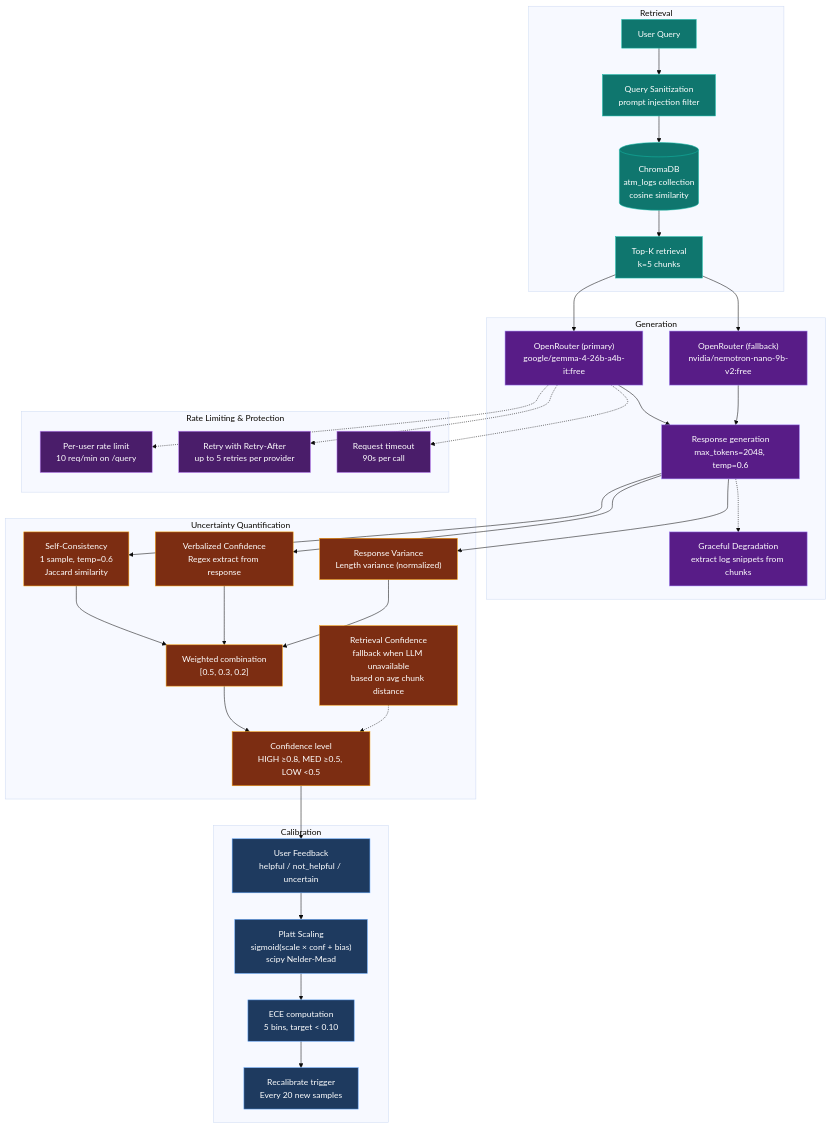
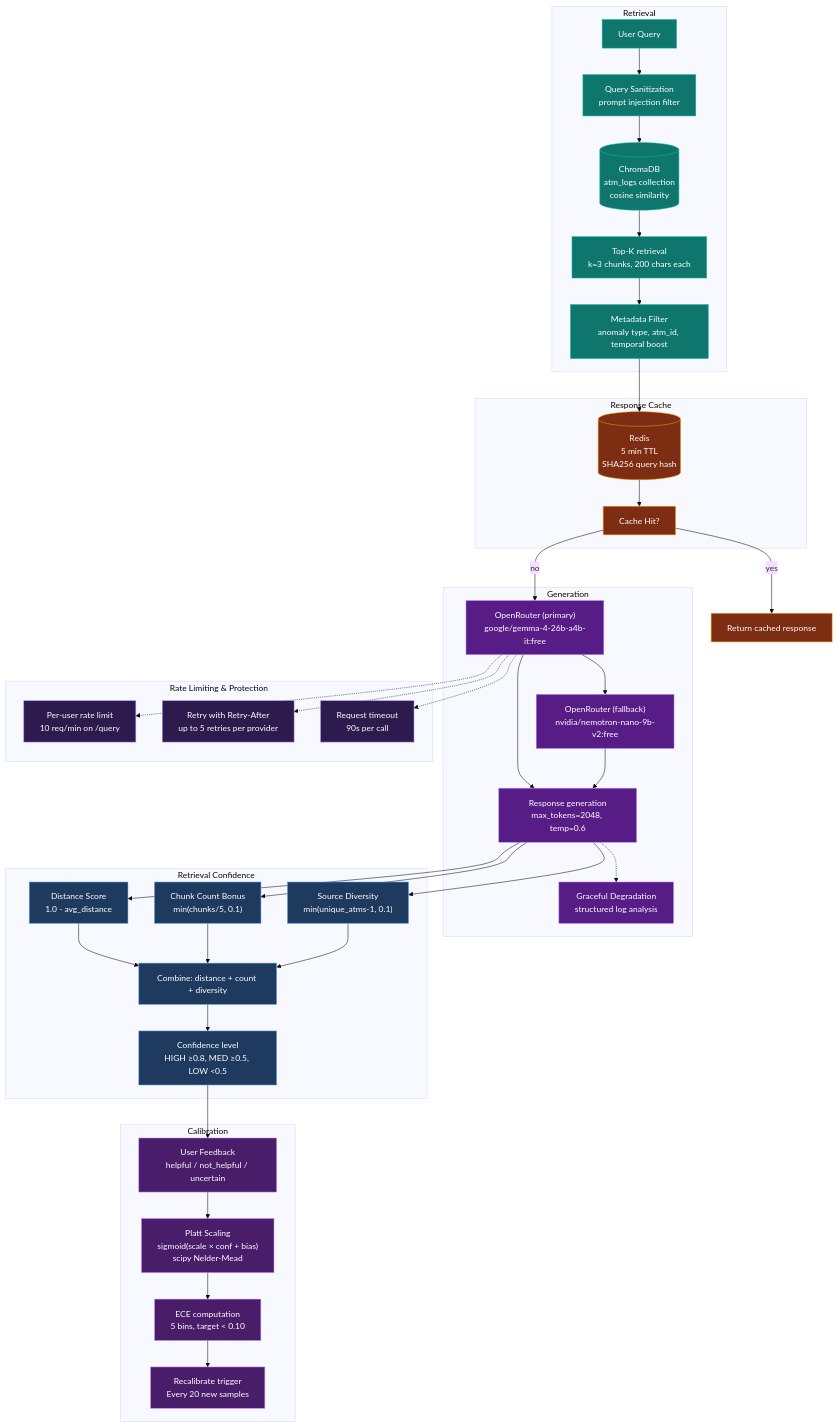
One commit to AhmedIkram05/laad changed the eighth of 9 diagrams in README.md. Above: the diagram before and after it, drawn with Mermaid (base theme). The commit also changed other lines of this file and 4 other files, not shown here.

````diff
--- a/README.md
+++ b/README.md
@@ -917,66 +922,76 @@
 ```mermaid
 flowchart TD
   subgraph Retrieval ["Retrieval"]
     Q["User Query"]
     SAN["Query Sanitization\nprompt injection filter"]
     CDB[("ChromaDB\natm_logs collection\ncosine similarity")]
-    TOPK["Top-K retrieval\nk=5 chunks"]
+    TOPK["Top-K retrieval\nk=3 chunks, 200 chars each"]
+    FILTER["Metadata Filter\nanomaly type, atm_id, temporal boost"]
+  end
+
+  subgraph Cache ["Response Cache"]
+    REDIS[("Redis\n5 min TTL\nSHA256 query hash")]
+    HIT["Cache Hit?"]
   end
 
   subgraph Generation ["Generation"]
     OPENR["OpenRouter (primary)\ngoogle/gemma-4-26b-a4b-it:free"]
     FALLBACK["OpenRouter (fallback)\nnvidia/nemotron-nano-9b-v2:free"]
-    GRACEFUL["Graceful Degradation\nextract log snippets from chunks"]
+    GRACEFUL["Graceful Degradation\nstructured log analysis"]
     GEN["Response generation\nmax_tokens=2048, temp=0.6"]
   end
 
-  subgraph Uncertainty ["Uncertainty Quantification"]
-    SC["Self-Consistency\n1 sample, temp=0.6\nJaccard similarity"]
-    VC["Verbalized Confidence\nRegex extract from response"]
-    RV["Response Variance\nLength variance (normalized)"]
-    RC["Retrieval Confidence\nfallback when LLM unavailable\nbased on avg chunk distance"]
-    WEIGHT["Weighted combination\n[0.5, 0.3, 0.2]"]
+  subgraph Confidence ["Retrieval Confidence"]
+    DIST["Distance Score\n1.0 - avg_distance"]
+    COUNT["Chunk Count Bonus\nmin(chunks/5, 0.1)"]
+    DIVERSITY["Source Diversity\nmin(unique_atms-1, 0.1)"]
+    COMBINE["Combine: distance + count + diversity"]
     LEVEL["Confidence level\nHIGH ≥0.8, MED ≥0.5, LOW <0.5"]
   end
 
   subgraph Calibration ["Calibration"]
     FB["User Feedback\nhelpful / not_helpful / uncertain"]
     PLATT["Platt Scaling\nsigmoid(scale × conf + bias)\nscipy Nelder-Mead"]
     ECE["ECE computation\n5 bins, target < 0.10"]
     RECAL["Recalibrate trigger\nEvery 20 new samples"]
   end
 
   subgraph Protection ["Rate Limiting & Protection"]
     RL["Per-user rate limit\n10 req/min on /query"]
     RETRY["Retry with Retry-After\nup to 5 retries per provider"]
     TIMEOUT["Request timeout\n90s per call"]
   end
 
-  Q --> SAN --> CDB --> TOPK
-  TOPK --> OPENR
-  TOPK --> FALLBACK
-  OPENR & FALLBACK --> GEN
-  GEN --> SC
-  GEN --> VC
-  GEN --> RV
-  SC & VC & RV --> WEIGHT --> LEVEL
+  Q --> SAN --> CDB --> TOPK --> FILTER
+  FILTER --> REDIS
+  REDIS --> HIT
+  HIT -->|"yes"| RESP["Return cached response"]
+  HIT -->|"no"| OPENR
+  OPENR --> GEN
+  OPENR --> FALLBACK
+  FALLBACK --> GEN
+  GEN --> DIST
+  GEN --> COUNT
+  GEN --> DIVERSITY
+  DIST & COUNT & DIVERSITY --> COMBINE --> LEVEL
   LEVEL --> FB
   FB --> PLATT --> ECE --> RECAL
   OPENR -.-> RL
   OPENR -.-> RETRY
   OPENR -.-> TIMEOUT
   GEN -.-> GRACEFUL
-  RC -.-> LEVEL
 
   classDef retrieval fill:#0f766e,stroke:#14b8a6,color:#ffffff;
+  classDef cache fill:#7c2d12,stroke:#f59e0b,color:#ffffff;
   classDef gen fill:#581c87,stroke:#a78bfa,color:#ffffff;
-  classDef unc fill:#7c2d12,stroke:#f59e0b,color:#ffffff;
-  classDef cal fill:#1e3a5f,stroke:#60a5fa,color:#ffffff;
-  classDef prot fill:#4a1d6a,stroke:#c084fc,color:#ffffff;
+  classDef conf fill:#1e3a5f,stroke:#60a5fa,color:#ffffff;
+  classDef cal fill:#4a1d6a,stroke:#c084fc,color:#ffffff;
+  classDef prot fill:#2d1b4e,stroke:#a78bfa,color:#ffffff;
 
-  class Q,SAN,CDB,TOPK retrieval;
+  class Q,SAN,CDB,TOPK,FILTER retrieval;
+  class REDIS,HIT,RESP cache;
   class OPENR,FALLBACK,GRACEFUL,GEN gen;
-  class SC,VC,RV,RC,WEIGHT,LEVEL unc;
+  class DIST,COUNT,DIVERSITY,COMBINE,LEVEL conf;
   class FB,PLATT,ECE,RECAL cal;
   class RL,RETRY,TIMEOUT prot;
 ```
````
